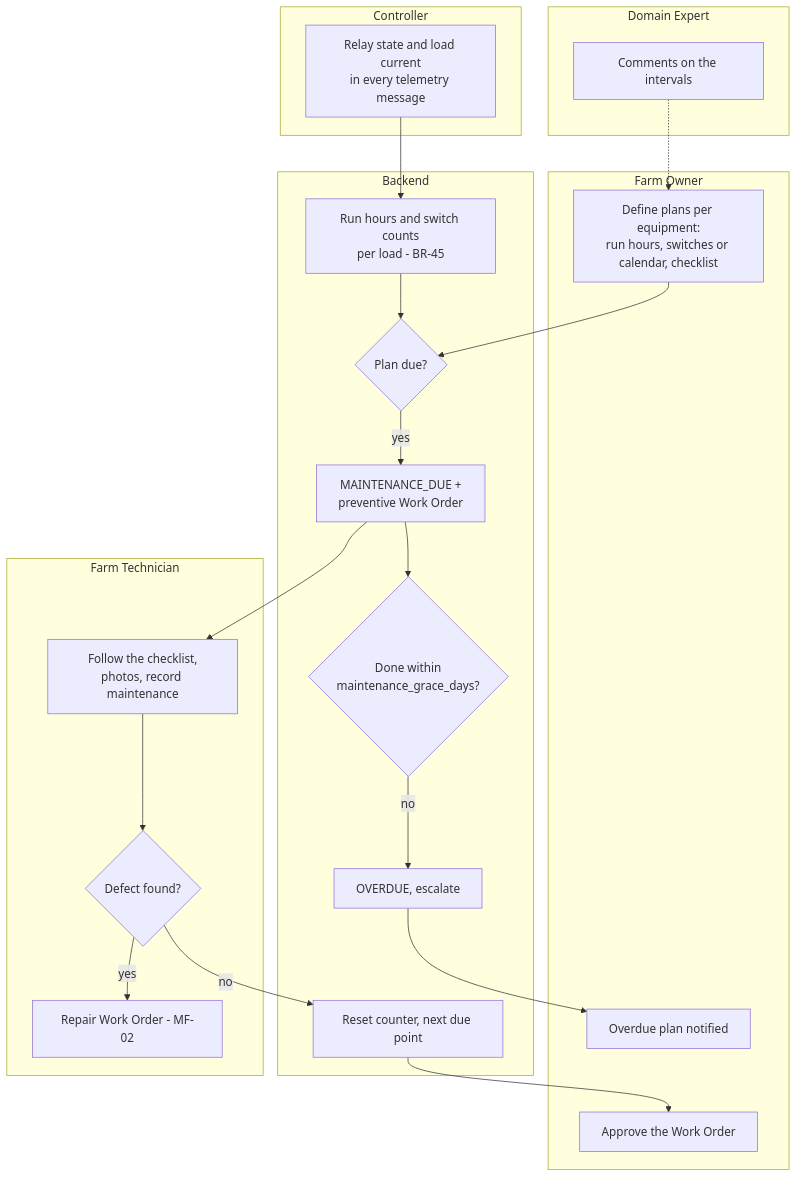
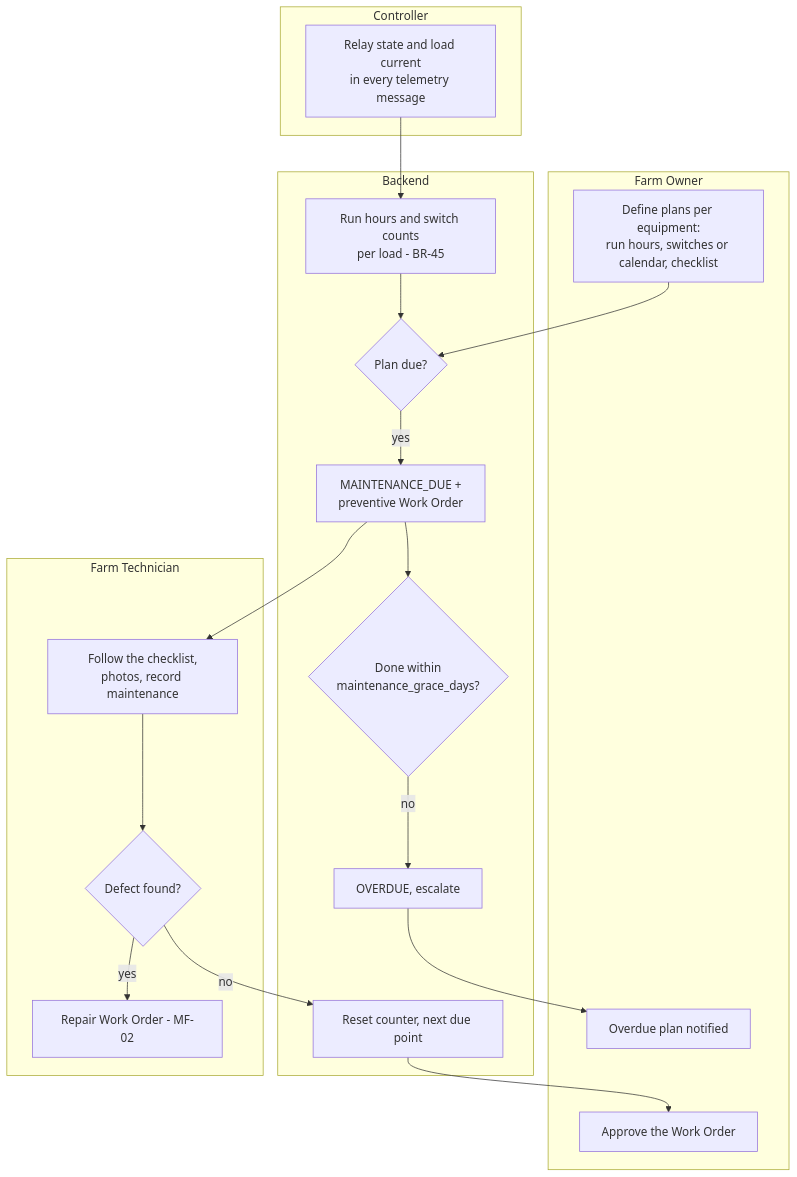
Before and after one commit to NBao261/SwiftletCare_KLTN: diagram 34 of 40 in docs/reports/report4-sdd.md, drawn with Mermaid. The commit also changed other lines of this file and 15 other files, not shown here.

First line of the commit message:
docs(srs): eight main flows, each in the title and acted on by its actors

````diff
--- a/docs/reports/report4-sdd.md
+++ b/docs/reports/report4-sdd.md
@@ -1583,32 +1589,28 @@
 ```mermaid
 flowchart TB
   subgraph O[Farm Owner]
     O1[Define plans per equipment:<br/>run hours, switches or calendar, checklist]
     O2[Approve the Work Order]
     O3[Overdue plan notified]
-  end
-  subgraph E[Domain Expert]
-    E1[Comments on the intervals]
   end
   subgraph C[Controller]
     C1[Relay state and load current<br/>in every telemetry message]
   end
   subgraph B[Backend]
     B1[Run hours and switch counts<br/>per load - BR-45]
     B2{Plan due?}
     B2 -- yes --> B3[MAINTENANCE_DUE +<br/>preventive Work Order]
     B4{Done within<br/>maintenance_grace_days?} -- no --> B5[OVERDUE, escalate]
     B6[Reset counter, next due point]
   end
   subgraph T[Farm Technician]
     T1[Follow the checklist,<br/>photos, record maintenance] --> T2{Defect found?}
     T2 -- yes --> T3[Repair Work Order - MF-02]
   end
   O1 --> B2
-  E1 -.-> O1
   C1 --> B1 --> B2
   B3 --> T1
   B3 --> B4
   B5 --> O3
   T2 -- no --> B6 --> O2
 ```
````
